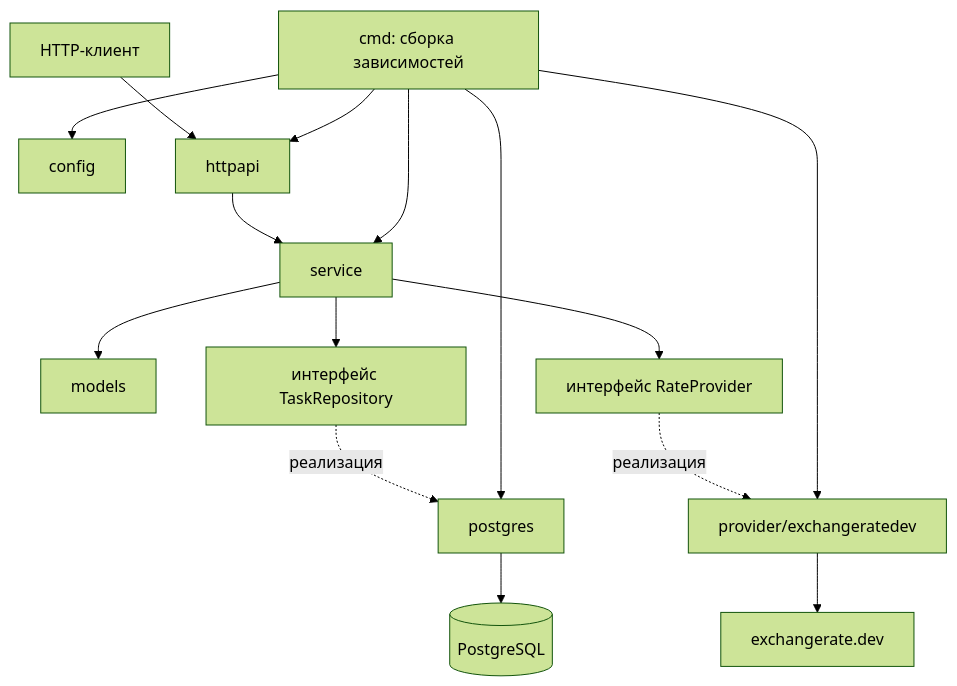
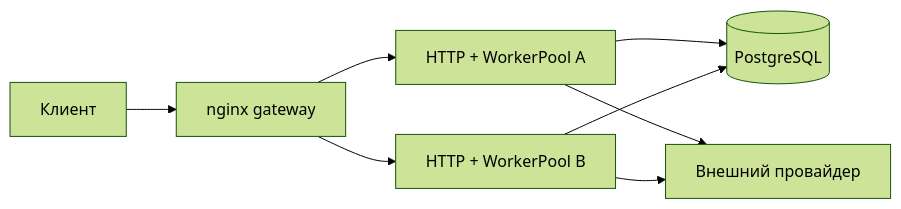
Before and after one commit to JhoJho19/exchange-rate-service: the first of 2 diagrams in docs/code_documentation.md, drawn with Mermaid (forest theme). The commit also changed other lines of this file and 38 other files, not shown here.

````diff
--- a/docs/code_documentation.md
+++ b/docs/code_documentation.md
@@ -26,17 +25,10 @@
 ```mermaid
-flowchart TD
-    Main[cmd: сборка зависимостей] --> Config[config]
-    Main --> HTTP[httpapi]
-    Main --> Service[service]
-    Main --> Repo[postgres]
-    Main --> Provider[provider/exchangeratedev]
-    User[HTTP-клиент] --> HTTP
-    HTTP --> Service
-    Service --> Models[models]
-    Service --> RepositoryPort[интерфейс TaskRepository]
-    Service --> ProviderPort[интерфейс RateProvider]
-    RepositoryPort -. реализация .-> Repo
-    ProviderPort -. реализация .-> Provider
-    Repo --> DB[(PostgreSQL)]
-    Provider --> API[exchangerate.dev]
+flowchart LR
+    Client[Клиент] --> Gateway[nginx gateway]
+    Gateway --> A[HTTP + WorkerPool A]
+    Gateway --> B[HTTP + WorkerPool B]
+    A --> DB[(PostgreSQL)]
+    B --> DB
+    A --> Provider[Внешний провайдер]
+    B --> Provider
 ```
````
